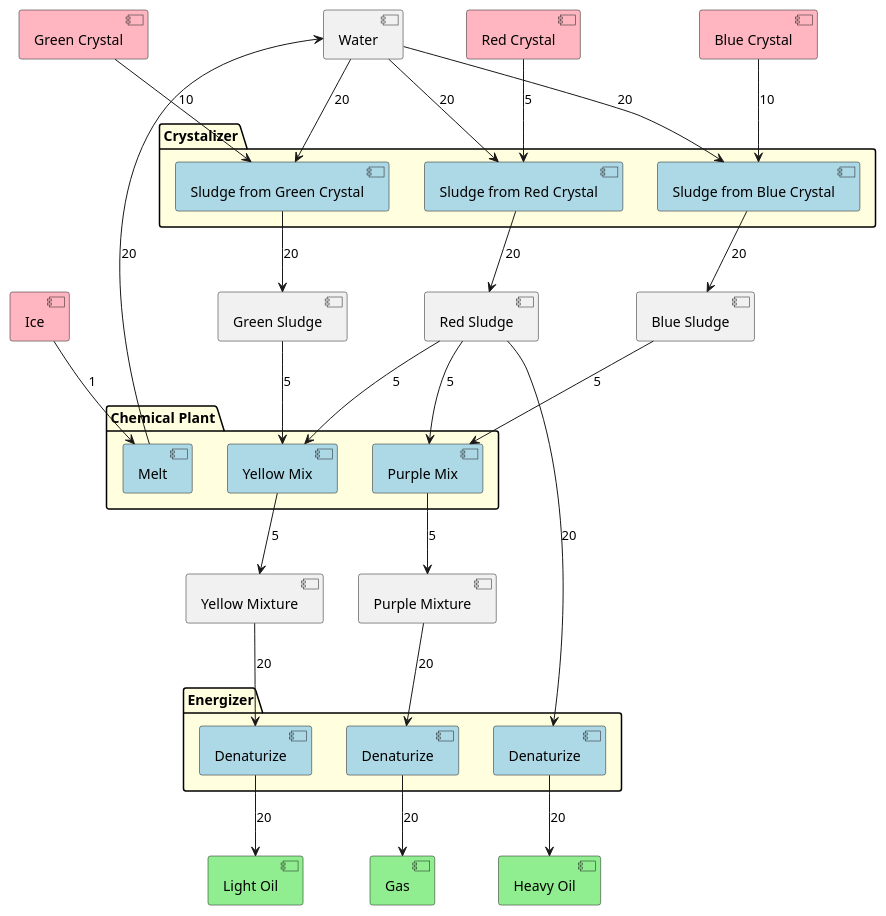
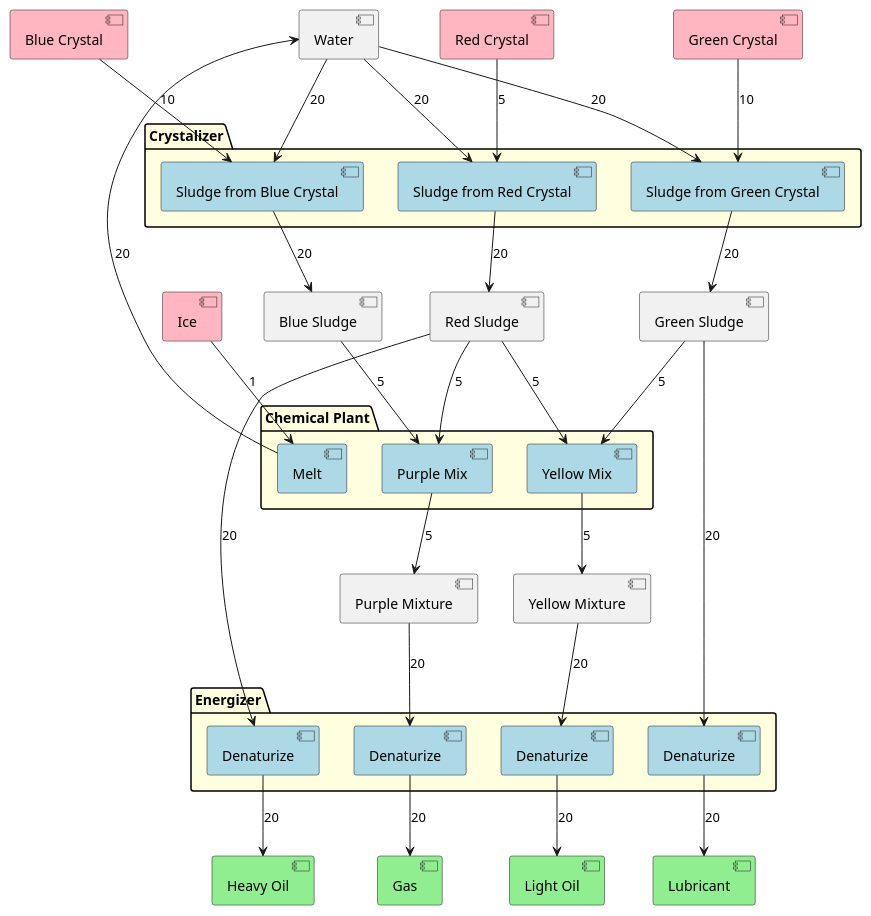
One commit to Thomas-De-Praetere/CrystalMod changed the diagram in Documentation/OilFlow.puml. Above: the diagram before and after it, drawn with PlantUML. The commit also changed 3 other files, not shown here.

Commit message:
Added the oil flow.

```diff
--- a/Documentation/OilFlow.puml
+++ b/Documentation/OilFlow.puml
@@ -1,74 +1,79 @@
 @startuml
 
 hide methods
 hide fields
 hide circle
 
 [Ice] as I #lightpink
 [Water] as W
 
 [Red Crystal] as RC #lightpink
 [Blue Crystal] as BC #lightpink
 [Green Crystal] as GC #lightpink
 
 [Red Sludge] as RS
 [Green Sludge] as GS
 [Blue Sludge] as BS
 
 [Purple Mixture] as PM
 [Yellow Mixture] as YM
 
 [Heavy Oil] as HO #lightgreen
 [Light Oil] as LO #lightgreen
 [Gas] as G #lightgreen
+[Lubricant] as L #lightgreen
 
 package "Crystalizer" #lightyellow {
 [Sludge from Red Crystal] as SfR #lightblue
 [Sludge from Blue Crystal]as SfB #lightblue
 [Sludge from Green Crystal]as SfG #lightblue
 }
 
 package "Chemical Plant" #lightyellow {
 [Purple Mix] as CPB #lightblue
 [Yellow Mix] as CPY #lightblue
 [Melt] as Me #lightblue
 }
 
 
 package Energizer #lightyellow {
 [Denaturize] as HOP #lightblue
 [Denaturize] as LOP #lightblue
 [Denaturize] as GP #lightblue
+[Denaturize] as LP #lightblue
 }
 
 I --> Me : 1
 Me --> W : 20
 
 RC --> SfR : 5
 W --> SfR : 20
 SfR --> RS : 20
 
 BC --> SfB : 10
 W --> SfB : 20
 SfB  --> BS : 20
 
 GC --> SfG : 10
 W --> SfG : 20
 SfG --> GS : 20
 
 RS --> CPB : 5
 BS --> CPB : 5
 CPB --> PM : 5
 PM --> GP : 20
 GP --> G : 20
 
 RS --> HOP : 20
 HOP --> HO : 20
 
 GS --> CPY : 5
 RS --> CPY : 5
 CPY --> YM : 5
 YM --> LOP : 20
 LOP --> LO : 20
 
+GS --> LP : 20
+LP --> L : 20
+
 @enduml
```
